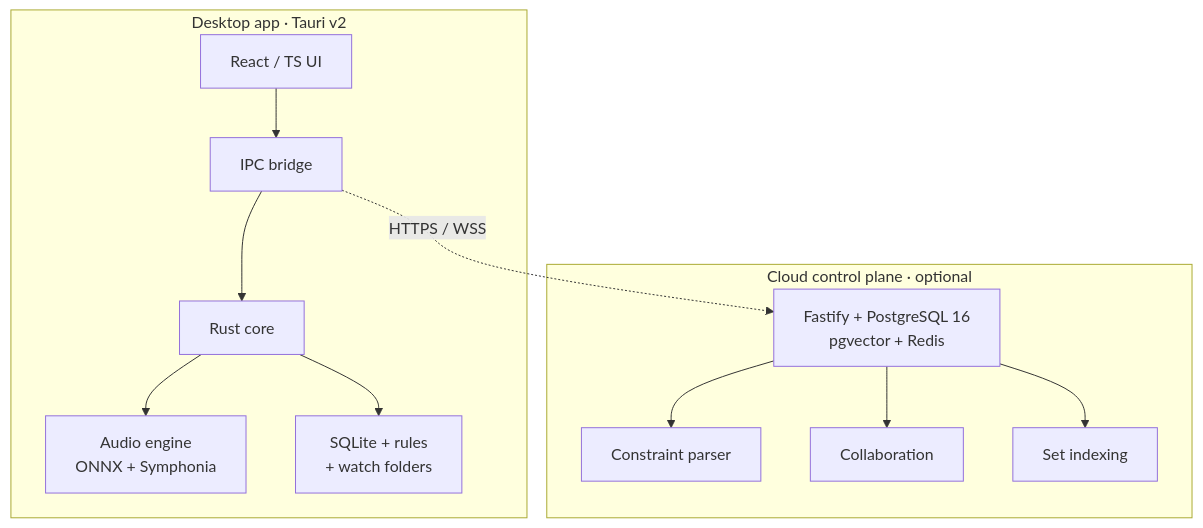
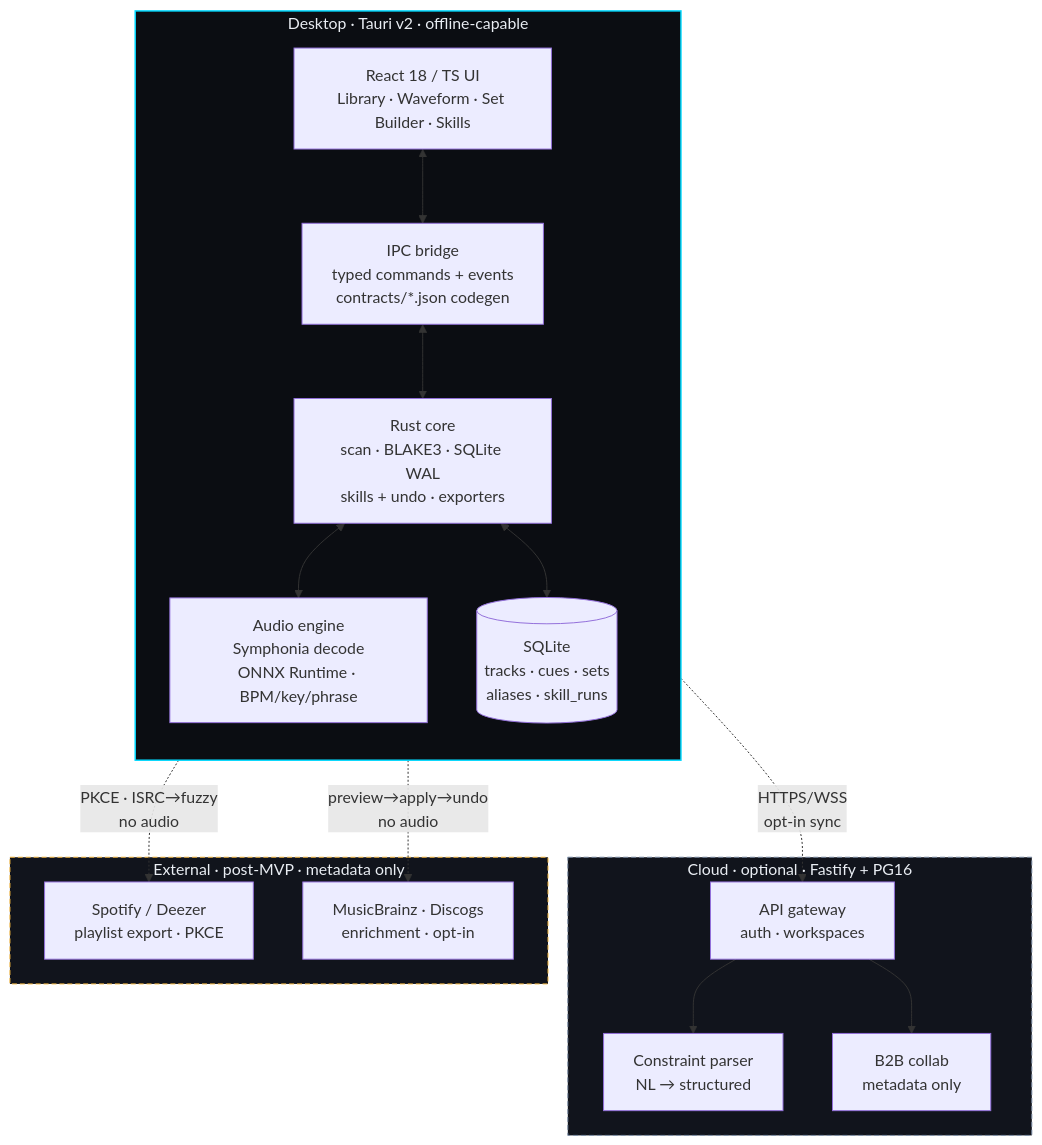
Before and after one commit to iDorgham/DJ-Assistant: the second of 2 diagrams in README.md, drawn with Mermaid. The commit also changed other lines of this file and 62 other files, not shown here.

First line of the commit message:
docs(plan,architecture,diagrams,context): polish SDD plan + sync docs with shipped code

````diff
--- a/README.md
+++ b/README.md
@@ -87,25 +223,38 @@
 ```mermaid
 graph TB
-    subgraph Desktop["Desktop app · Tauri v2"]
-        UI["React / TS UI"]
-        IPC["IPC bridge"]
-        Core["Rust core"]
-        Audio["Audio engine<br/>ONNX + Symphonia"]
-        DB["SQLite + rules<br/>+ watch folders"]
+    subgraph Desktop["Desktop · Tauri v2 · offline-capable"]
+        direction TB
+        UI["React 18 / TS UI<br/>Library · Waveform · Set Builder · Skills"]
+        IPC["IPC bridge<br/>typed commands + events<br/>contracts/*.json codegen"]
+        Core["Rust core<br/>scan · BLAKE3 · SQLite WAL<br/>skills + undo · exporters"]
+        Audio["Audio engine<br/>Symphonia decode<br/>ONNX Runtime · BPM/key/phrase"]
+        DB[("SQLite<br/>tracks · cues · sets<br/>aliases · skill_runs")]
+        UI <--> IPC <--> Core
+        Core <--> Audio
+        Core <--> DB
     end
 
-    subgraph Cloud["Cloud control plane · optional"]
-        API["Fastify + PostgreSQL 16<br/>pgvector + Redis"]
-        LLM["Constraint parser"]
-        Collab["Collaboration"]
-        Index["Set indexing"]
+    subgraph Cloud["Cloud · optional · Fastify + PG16"]
+        API["API gateway<br/>auth · workspaces"]
+        LLM["Constraint parser<br/>NL → structured"]
+        Collab["B2B collab<br/>metadata only"]
     end
 
-    UI --> IPC --> Core
-    Core --> Audio
-    Core --> DB
-    IPC -.->|"HTTPS / WSS"| API
+    subgraph Providers["External · post-MVP · metadata only"]
+        SP["Spotify / Deezer<br/>playlist export · PKCE"]
+        EN["MusicBrainz · Discogs<br/>enrichment · opt-in"]
+    end
+
+    IPC -.->|"HTTPS/WSS<br/>opt-in sync"| API
     API --> LLM
     API --> Collab
-    API --> Index
+    Core -.->|"PKCE · ISRC→fuzzy<br/>no audio"| SP
+    Core -.->|"preview→apply→undo<br/>no audio"| EN
+
+    classDef desktop fill:#0B0D12,stroke:#00D9FF,stroke-width:1.5px,color:#E9EDF3;
+    classDef cloud fill:#11141c,stroke:#7C8DA6,stroke-width:1px,color:#E9EDF3,stroke-dasharray:5 3;
+    classDef ext fill:#11141c,stroke:#F7B93E,stroke-width:1px,color:#E9EDF3,stroke-dasharray:5 3;
+    class Desktop desktop;
+    class Cloud cloud;
+    class Providers ext;
 ```
````
